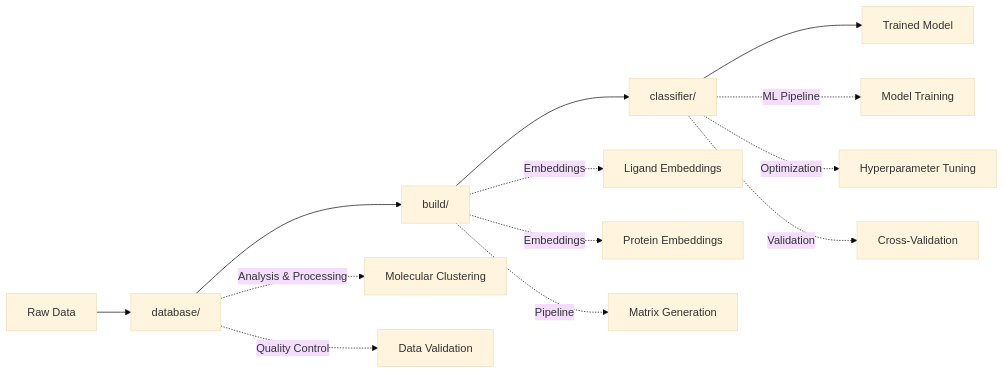
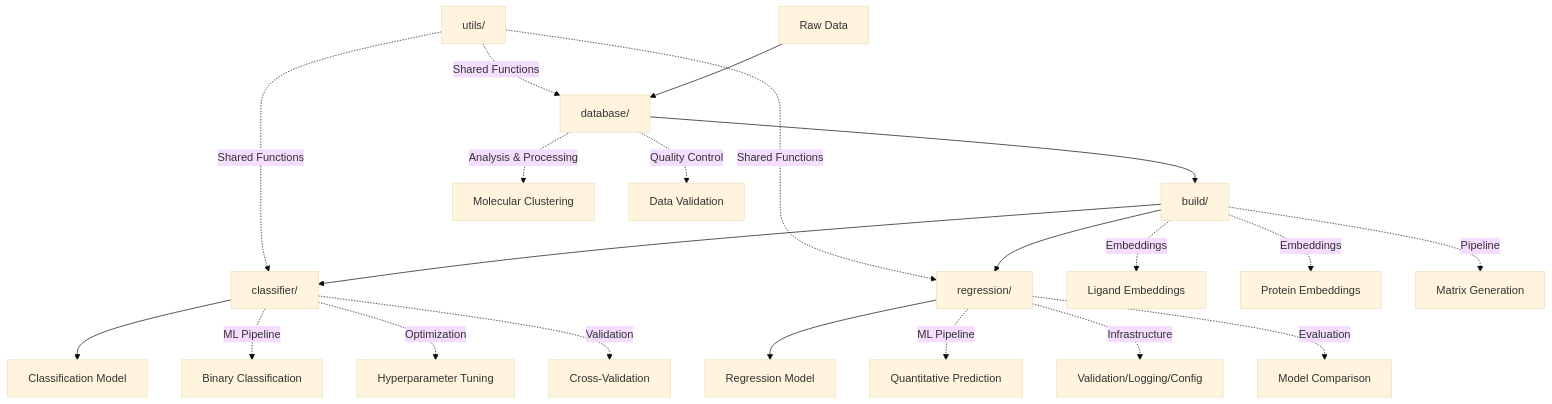
Before and after one commit to gmmsb-lncc/attention-screening: the diagram in src/README.md, drawn with Mermaid (base theme). The commit also changed other lines of this file and 2 other files, not shown here.

````diff
--- a/src/README.md
+++ b/src/README.md
@@ -54,18 +83,28 @@
 ```mermaid
-graph LR
+graph TB
     A[Raw Data] --> B[database/]
     B --> C[build/]
-    C --> D[classifier/]
-    D --> E[Trained Model]
+    C --> D1[classifier/]
+    C --> D2[regression/]
+    D1 --> E1[Classification Model]
+    D2 --> E2[Regression Model]
+    
+    U[utils/] -.-> |Shared Functions| B
+    U -.-> |Shared Functions| D1
+    U -.-> |Shared Functions| D2
     
     B -.-> |Analysis & Processing| B1[Molecular Clustering]
     B -.-> |Quality Control| B2[Data Validation]
     
     C -.-> |Embeddings| C1[Ligand Embeddings]
     C -.-> |Embeddings| C2[Protein Embeddings] 
     C -.-> |Pipeline| C3[Matrix Generation]
     
-    D -.-> |ML Pipeline| D1[Model Training]
-    D -.-> |Optimization| D2[Hyperparameter Tuning]
-    D -.-> |Validation| D3[Cross-Validation]
+    D1 -.-> |ML Pipeline| D1A[Binary Classification]
+    D1 -.-> |Optimization| D1B[Hyperparameter Tuning]
+    D1 -.-> |Validation| D1C[Cross-Validation]
+    
+    D2 -.-> |ML Pipeline| D2A[Quantitative Prediction]
+    D2 -.-> |Infrastructure| D2B[Validation/Logging/Config]
+    D2 -.-> |Evaluation| D2C[Model Comparison]
 ```
````
